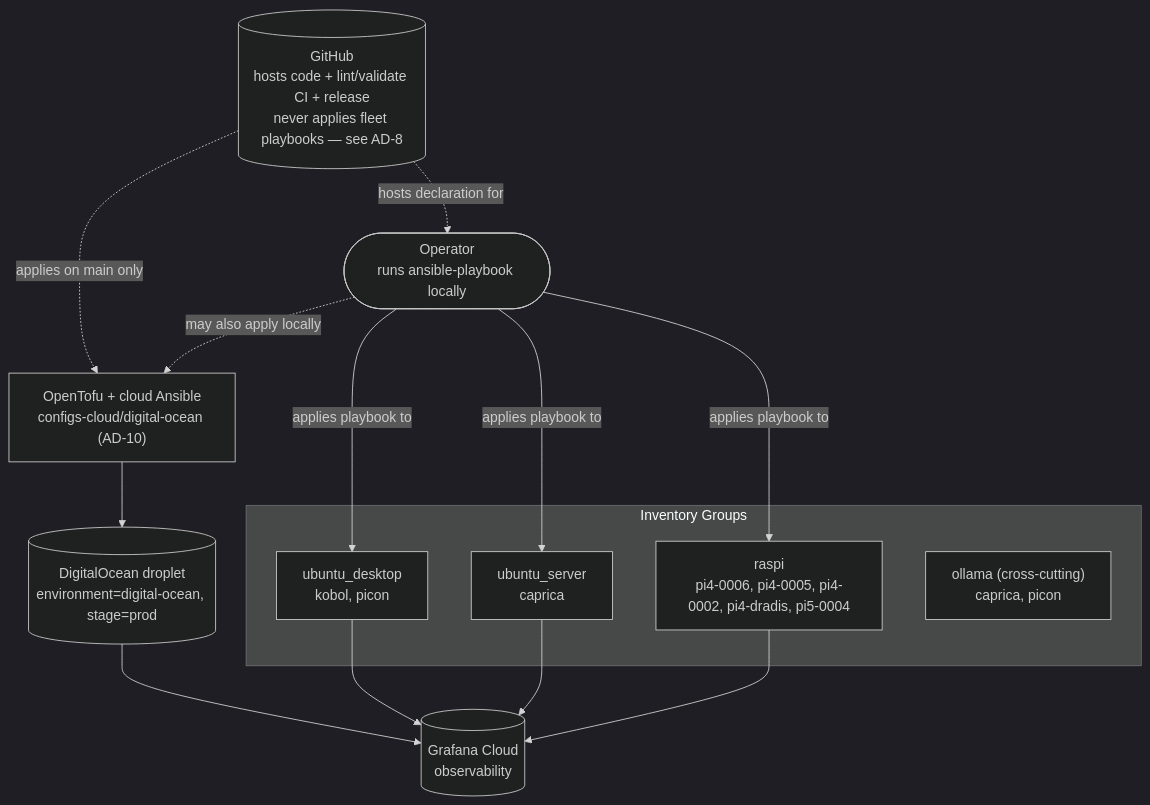
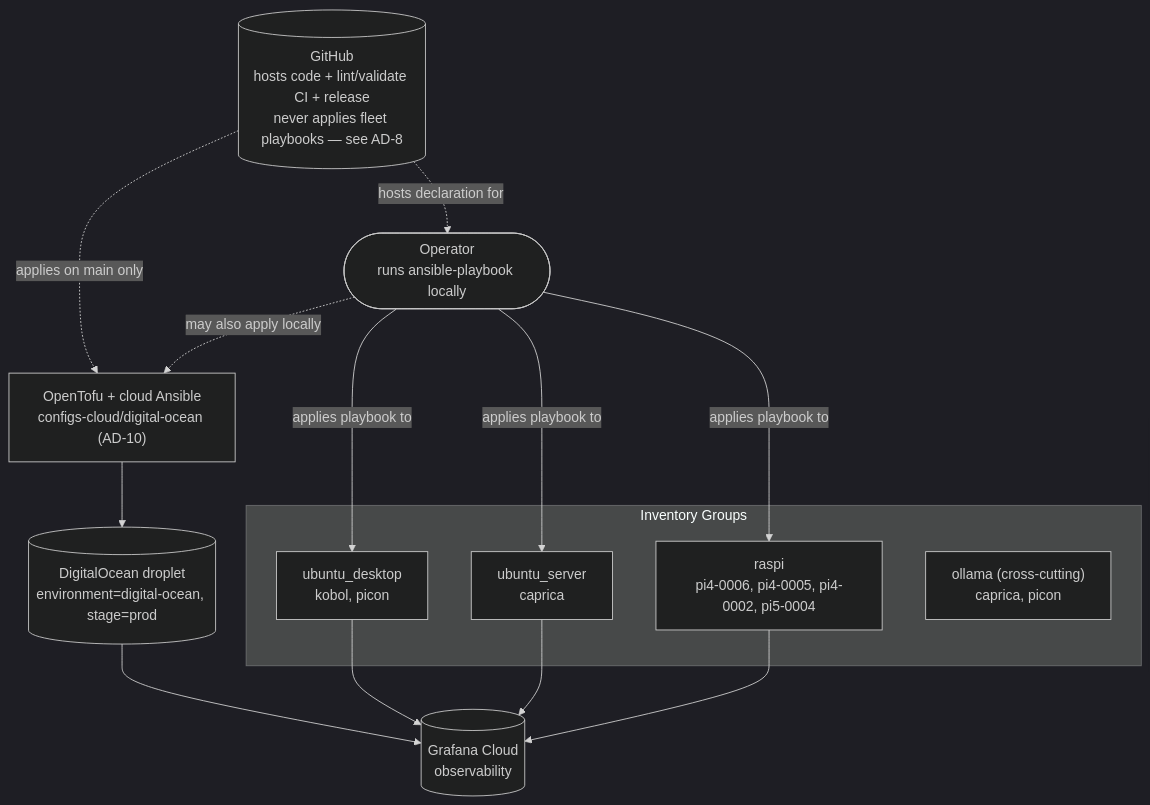
The second of 2 diagrams in _bmad-output/planning-artifacts/architecture/architecture-configs-homelab-2026-08-24/ARCHITECTURE-SPINE.md (sommerfeld-io/configs-homelab), drawn with Mermaid (dark theme) before and after one commit. The commit also changed 16 other files, not shown here.

First line of the commit message:
refactor(raspi): remove pi4-dradis and run Pi-hole and the FRITZ!Box exporter on pi4-0002

````diff
--- a/_bmad-output/planning-artifacts/architecture/architecture-configs-homelab-2026-08-24/ARCHITECTURE-SPINE.md
+++ b/_bmad-output/planning-artifacts/architecture/architecture-configs-homelab-2026-08-24/ARCHITECTURE-SPINE.md
@@ -172,26 +172,26 @@
 ```mermaid
 graph TD
     subgraph Inventory Groups
         UD["ubuntu_desktop<br/>kobol, picon"]
         US["ubuntu_server<br/>caprica"]
-        RP["raspi<br/>pi4-0006, pi4-0005, pi4-0002, pi4-dradis, pi5-0004"]
+        RP["raspi<br/>pi4-0006, pi4-0005, pi4-0002, pi5-0004"]
         OL["ollama (cross-cutting)<br/>caprica, picon"]
     end
     OP(["Operator<br/>runs ansible-playbook locally"])
     GH[("GitHub<br/>hosts code + lint/validate CI + release<br/>never applies fleet playbooks — see AD-8")]
     GC[("Grafana Cloud<br/>observability")]
     OT["OpenTofu + cloud Ansible<br/>configs-cloud/digital-ocean (AD-10)"]
     DO[("DigitalOcean droplet<br/>environment=digital-ocean, stage=prod")]
 
     GH -. "applies on main only" .-> OT
     OP -. "may also apply locally" .-> OT
     OT --> DO
     DO --> GC
     GH -. "hosts declaration for" .-> OP
     OP -- "applies playbook to" --> UD
     OP -- "applies playbook to" --> US
     OP -- "applies playbook to" --> RP
     UD --> GC
     US --> GC
     RP --> GC
 ```
````
